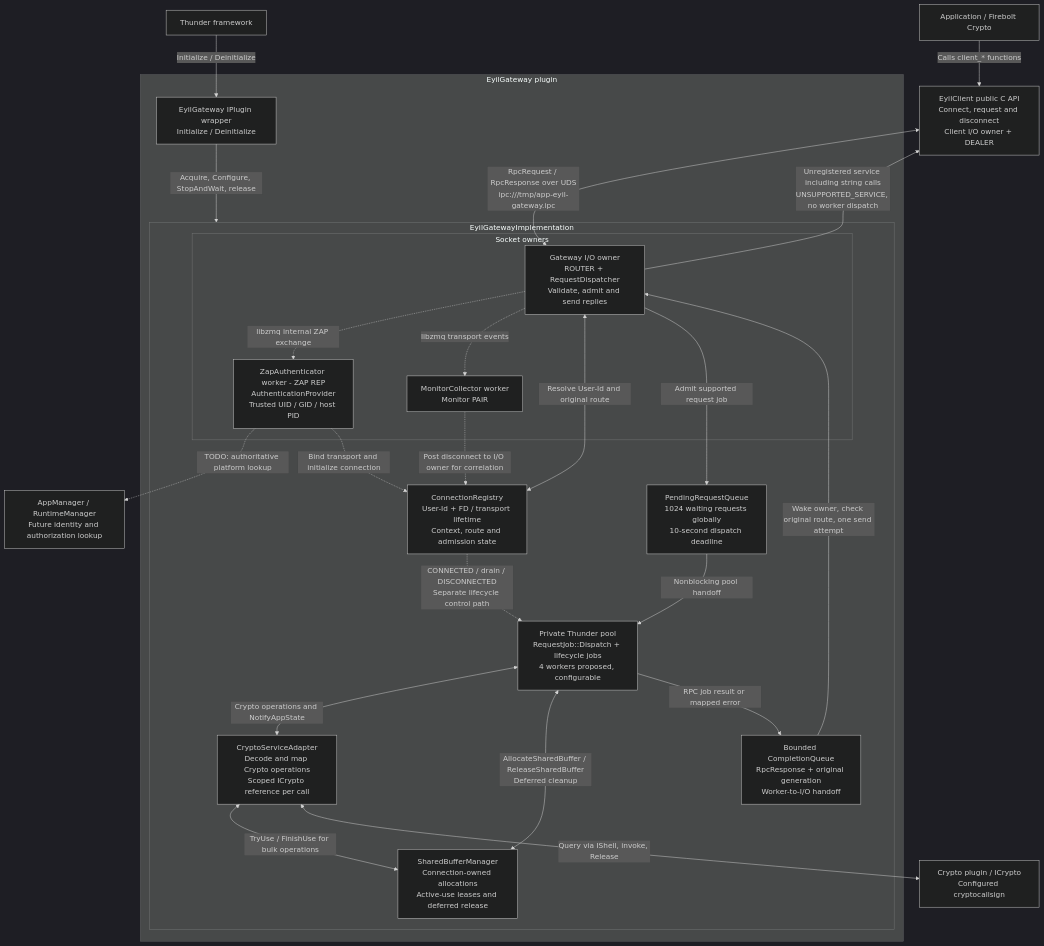
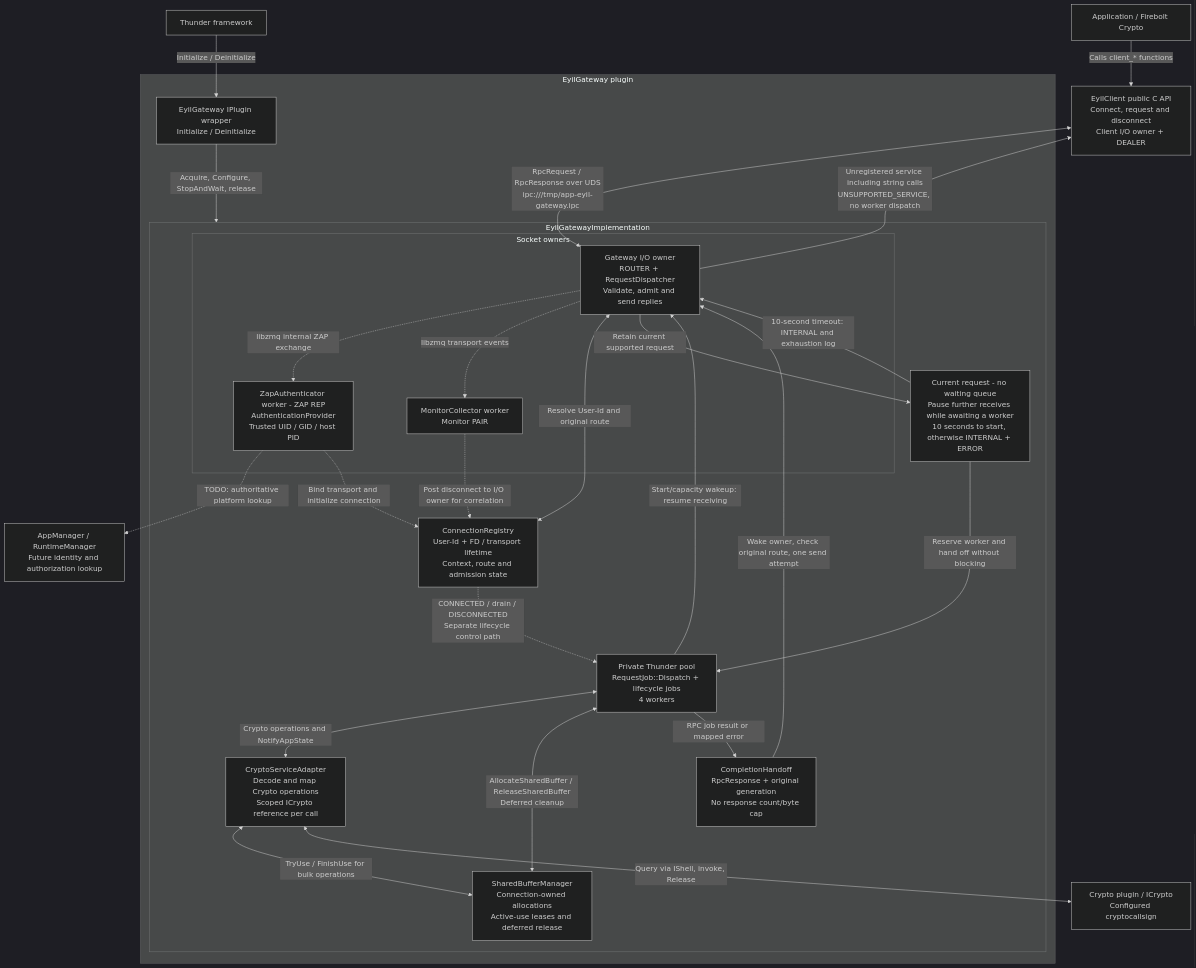
The first of 22 diagrams in doc/EyilGateway.md (rdkcentral/eyil-secure-gateway), drawn with Mermaid (dark theme) before and after one commit. The commit also changed other lines of this file and 3 other files, not shown here.

````diff
--- a/doc/EyilGateway.md
+++ b/doc/EyilGateway.md
@@ -95,47 +95,49 @@
 ```mermaid
 flowchart TB
     APP["Application / Firebolt Crypto"]
     CLIENT["EyilClient public C API<br/>Connect, request and disconnect<br/>Client I/O owner + DEALER"]
     TH["Thunder framework"]
     subgraph GW["EyilGateway plugin"]
         WR["EyilGateway IPlugin wrapper<br/>Initialize / Deinitialize"]
         subgraph RT["EyilGatewayImplementation"]
             subgraph TRANSPORT["Socket owners"]
                 IO["Gateway I/O owner<br/>ROUTER + RequestDispatcher<br/>Validate, admit and send replies"]
                 ZAP["ZapAuthenticator worker - ZAP REP<br/>AuthenticationProvider<br/>Trusted UID / GID / host PID"]
                 MON["MonitorCollector worker<br/>Monitor PAIR"]
             end
             REG["ConnectionRegistry<br/>User-Id + FD / transport lifetime<br/>Context, route and admission state"]
-            Q["PendingRequestQueue<br/>1024 waiting requests globally<br/>10-second dispatch deadline"]
-            POOL["Private Thunder pool<br/>RequestJob::Dispatch + lifecycle jobs<br/>4 workers proposed, configurable"]
+            CURRENT["Current request - no waiting queue<br/>Pause further receives while awaiting a worker<br/>10 seconds to start, otherwise INTERNAL + ERROR"]
+            POOL["Private Thunder pool<br/>RequestJob::Dispatch + lifecycle jobs<br/>4 workers"]
             AD["CryptoServiceAdapter<br/>Decode and map Crypto operations<br/>Scoped ICrypto reference per call"]
             BUF["SharedBufferManager<br/>Connection-owned allocations<br/>Active-use leases and deferred release"]
-            OUT["Bounded CompletionQueue<br/>RpcResponse + original generation<br/>Worker-to-I/O handoff"]
+            OUT["CompletionHandoff<br/>RpcResponse + original generation<br/>No response count/byte cap"]
         end
     end
     CRYPTO["Crypto plugin / ICrypto<br/>Configured cryptocallsign"]
     PLATFORM["AppManager / RuntimeManager<br/>Future identity and authorization lookup"]
 
     APP -- "Calls client_* functions" --> CLIENT
     CLIENT <-->|"RpcRequest / RpcResponse over UDS<br/>ipc:///tmp/app-eyil-gateway.ipc"| IO
     TH -- "Initialize / Deinitialize" --> WR
     WR -- "Acquire, Configure, StopAndWait, release" --> RT
 
     IO -. "libzmq internal ZAP exchange" .-> ZAP
     IO -. "libzmq transport events" .-> MON
     ZAP -. "TODO: authoritative platform lookup" .-> PLATFORM
     ZAP -. "Bind transport and initialize connection" .-> REG
     MON -. "Post disconnect to I/O owner for correlation" .-> REG
     REG -. "CONNECTED / drain / DISCONNECTED<br/>Separate lifecycle control path" .-> POOL
 
     IO <-->|"Resolve User-Id and original route"| REG
     IO -- "Unregistered service including string calls<br/>UNSUPPORTED_SERVICE, no worker dispatch" --> CLIENT
-    IO -- "Admit supported request job" --> Q
-    Q -- "Nonblocking pool handoff" --> POOL
+    IO -- "Retain current supported request" --> CURRENT
+    CURRENT -- "Reserve worker and hand off without blocking" --> POOL
+    POOL -- "Start/capacity wakeup: resume receiving" --> IO
+    CURRENT -- "10-second timeout: INTERNAL and exhaustion log" --> IO
     POOL <-->|"Crypto operations and NotifyAppState"| AD
     POOL <-->|"AllocateSharedBuffer / ReleaseSharedBuffer<br/>Deferred cleanup"| BUF
     AD <-->|"TryUse / FinishUse for bulk operations"| BUF
     AD <-->|"Query via IShell, invoke, Release"| CRYPTO
     POOL -- "RPC job result or mapped error" --> OUT
     OUT -- "Wake owner, check original route, one send attempt" --> IO
 ```
````
